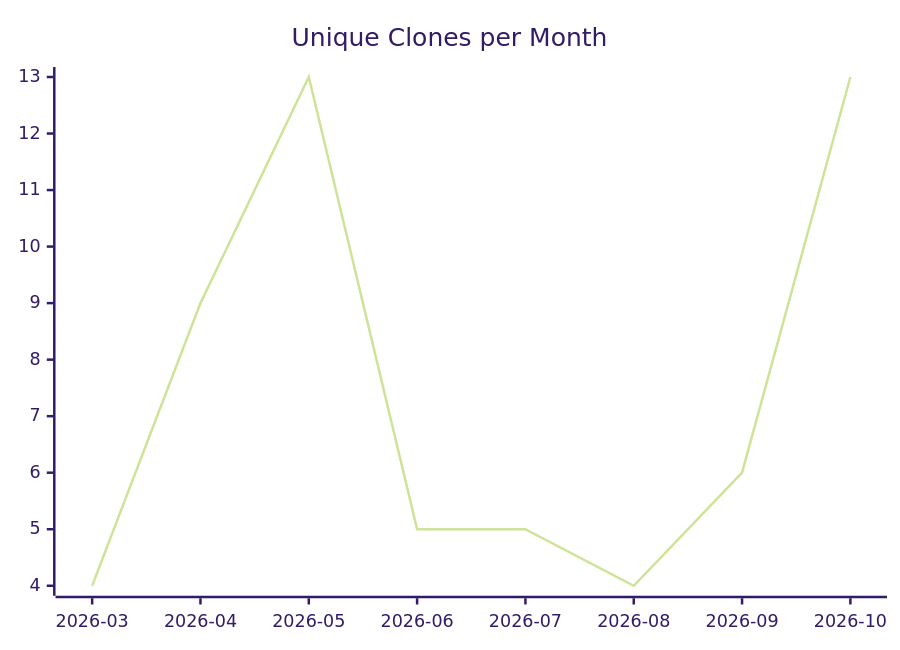
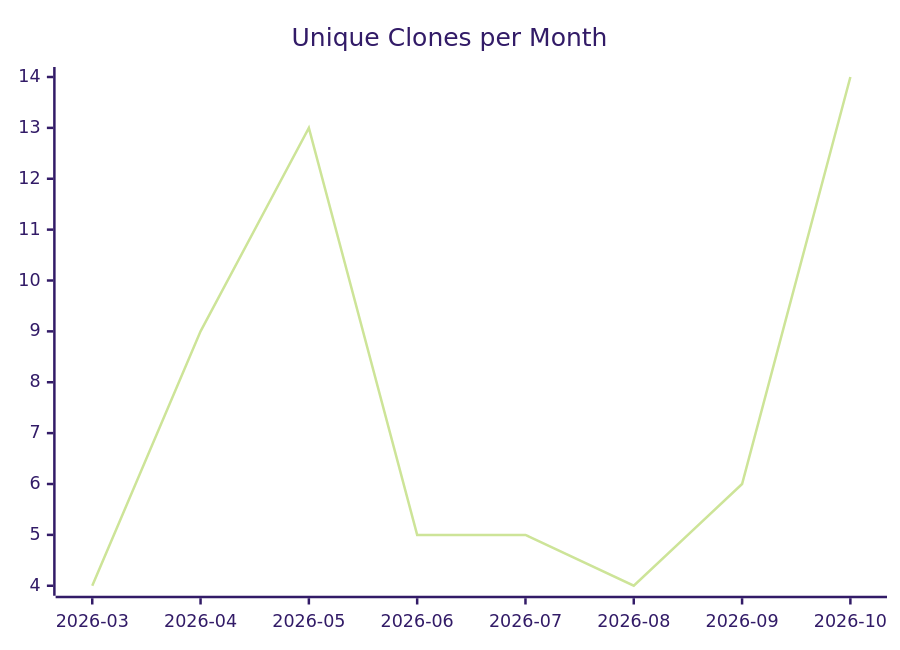
Before and after one commit to justdavis-family/github-analytics-data: the third of 3 diagrams in karlmdavis/justdavis-puppet/README.md, drawn with Mermaid (forest theme). The commit also changed other lines of this file and 200 other files, not shown here.

````diff
--- a/karlmdavis/justdavis-puppet/README.md
+++ b/karlmdavis/justdavis-puppet/README.md
@@ -19,6 +19,6 @@
 ```mermaid
 xychart-beta
   title "Unique Clones per Month"
   x-axis ["2026-03", "2026-04", "2026-05", "2026-06", "2026-07", "2026-08", "2026-09", "2026-10"]
-  line [4, 9, 13, 5, 5, 4, 6, 13]
+  line [4, 9, 13, 5, 5, 4, 6, 14]
 ```
````
